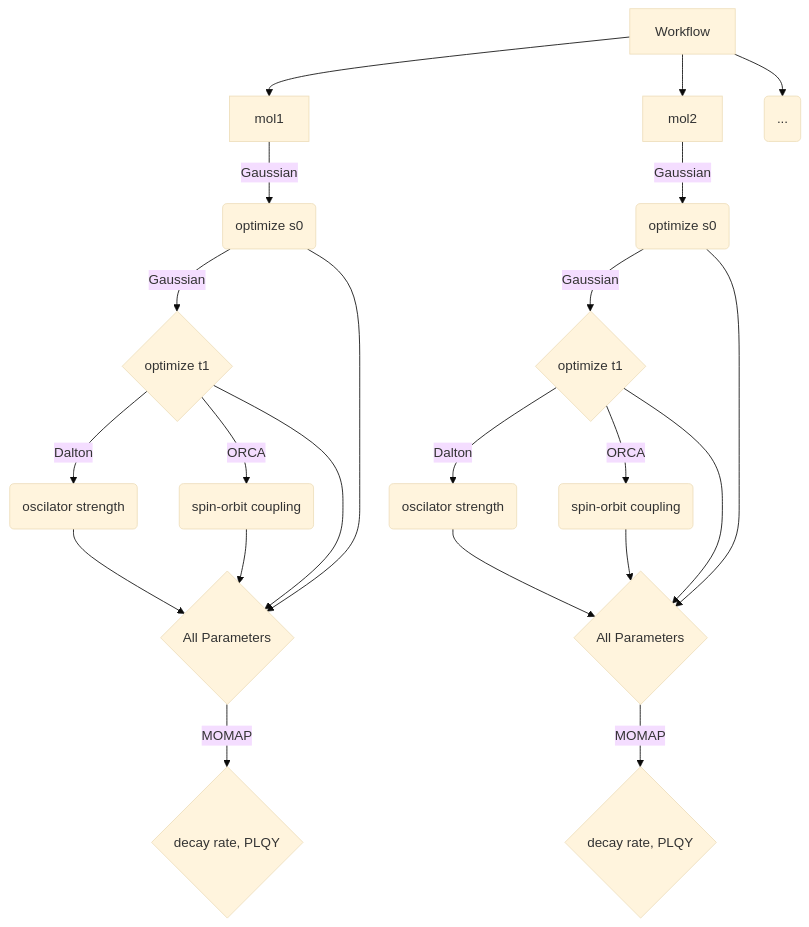
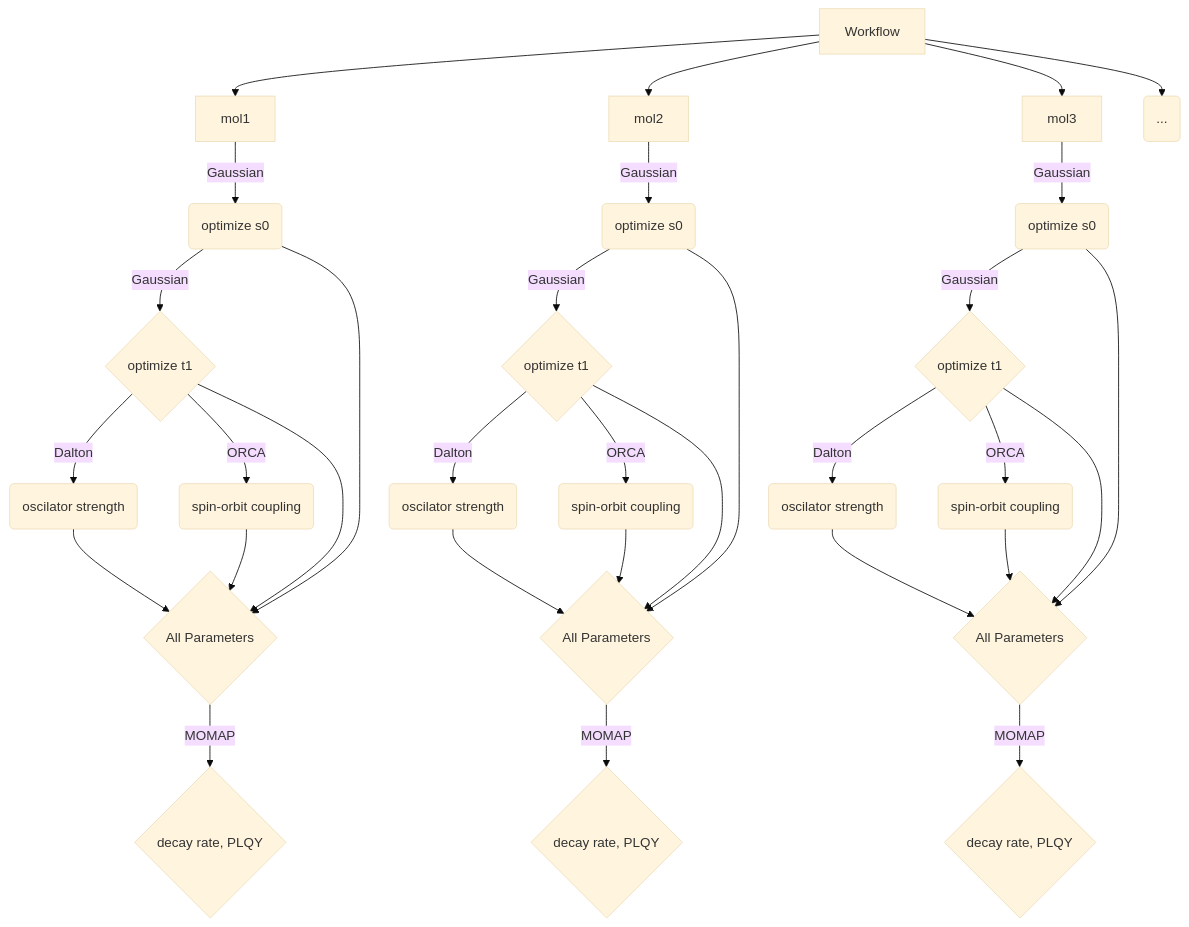
One commit to jiangtong1000/PhorsOLED_flow changed the diagram in ReadMe.md. Above: the diagram before and after it, drawn with Mermaid (base theme). The commit also changed other lines of this file, not shown here.

````diff
--- a/ReadMe.md
+++ b/ReadMe.md
@@ -28,24 +29,34 @@
   ```mermaid
     graph
    T[Workflow] --> E
    T-->E2
   E[mol1] -->|Gaussian|F(optimize s0)
   F -->|Gaussian|A{optimize t1}
   A -->|Dalton|B(oscilator strength)
   A -->|ORCA|C(spin-orbit coupling)
   B -->D{Outputs}
   C --> D
   A --> D
   F --> D{All Parameters}
   D -->|MOMAP| G{decay rate, PLQY}
   E2[mol2] -->|Gaussian|F2(optimize s0)
   F2 -->|Gaussian|A2{optimize t1}
   A2 -->|Dalton|B2(oscilator strength)
   A2 -->|ORCA|C2(spin-orbit coupling)
   B2 -->D2{Outputs}
   C2 --> D2
   A2 --> D2
   F2 --> D2{All Parameters}
   D2 -->|MOMAP| G2{decay rate, PLQY}
-   T[Workflow] --> E3(...)
+   T[Workflow] --> E3(mol3)
+   E3[mol3] -->|Gaussian|F3(optimize s0)
+  F3 -->|Gaussian|A3{optimize t1}
+  A3 -->|Dalton|B3(oscilator strength)
+  A3 -->|ORCA|C3(spin-orbit coupling)
+  B3 -->D3{Outputs}
+  C3 --> D3
+  A3 --> D3
+  F3 --> D3{All Parameters}
+  D3 -->|MOMAP| G3{decay rate, PLQY}
+     T[Workflow] --> E4(...)
   ```
````
